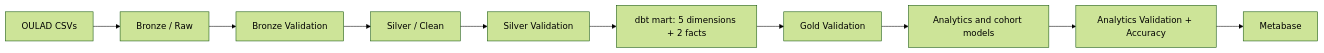
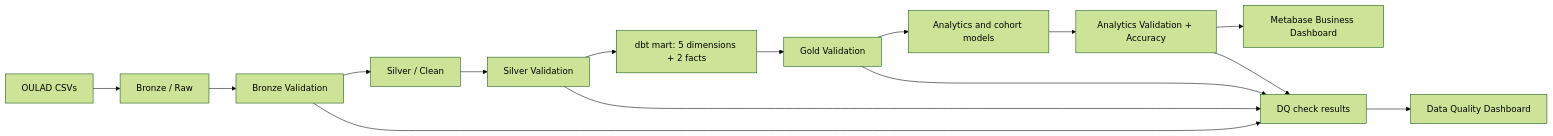
The diagram in docs/architecture.md (killuazai/oulad-dataset), drawn with Mermaid (forest theme) before and after one commit. The commit also changed other lines of this file and 33 other files, not shown here.

Commit message:
Align final star schema and dbt quality pipeline

````diff
--- a/docs/architecture.md
+++ b/docs/architecture.md
@@ -3,12 +5,17 @@
 ```mermaid
 flowchart LR
     CSV[OULAD CSVs] --> RAW[Bronze / Raw]
     RAW --> BRONZE_DQ[Bronze Validation]
     BRONZE_DQ --> CLEAN[Silver / Clean]
     CLEAN --> SILVER_DQ[Silver Validation]
     SILVER_DQ --> DBT[dbt mart: 5 dimensions + 2 facts]
     DBT --> GOLD_DQ[Gold Validation]
     GOLD_DQ --> ANALYTICS[Analytics and cohort models]
     ANALYTICS --> ANALYTICS_DQ[Analytics Validation + Accuracy]
-    ANALYTICS_DQ --> METABASE[Metabase]
+    ANALYTICS_DQ --> BUSINESS[Metabase Business Dashboard]
+    BRONZE_DQ --> DQ_RESULTS[DQ check results]
+    SILVER_DQ --> DQ_RESULTS
+    GOLD_DQ --> DQ_RESULTS
+    ANALYTICS_DQ --> DQ_RESULTS
+    DQ_RESULTS --> DQ_DASHBOARD[Data Quality Dashboard]
 ```
````
